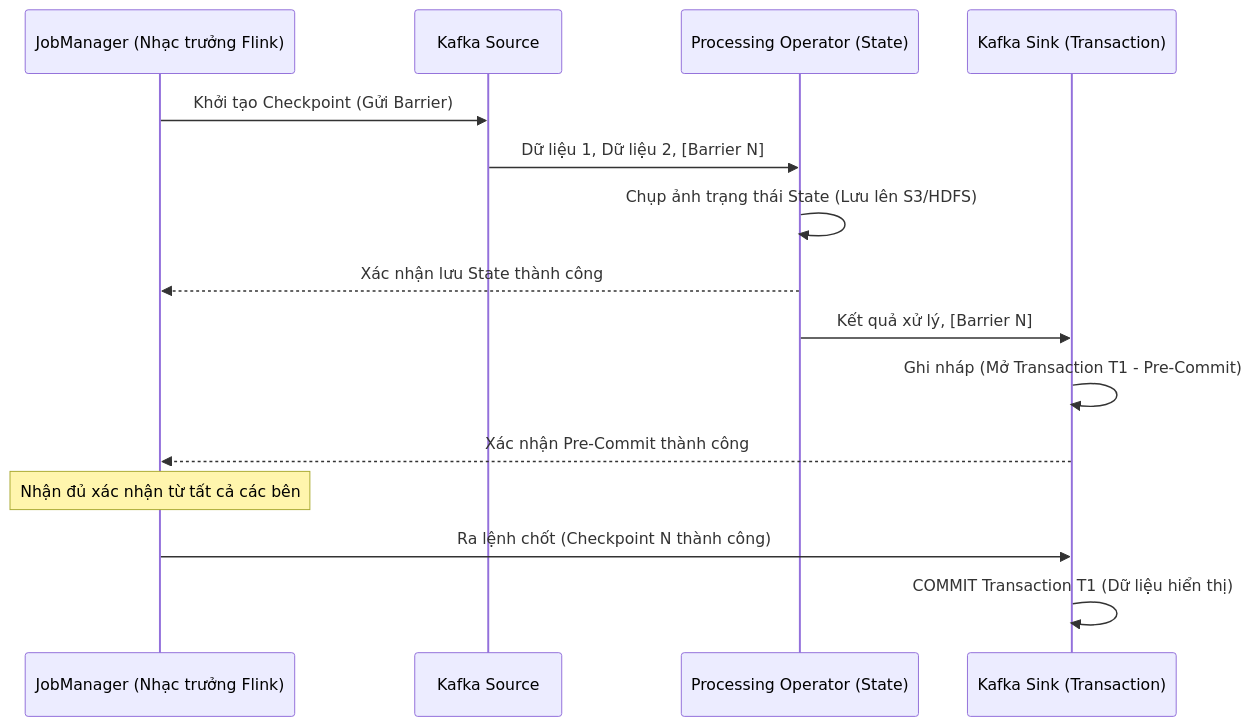
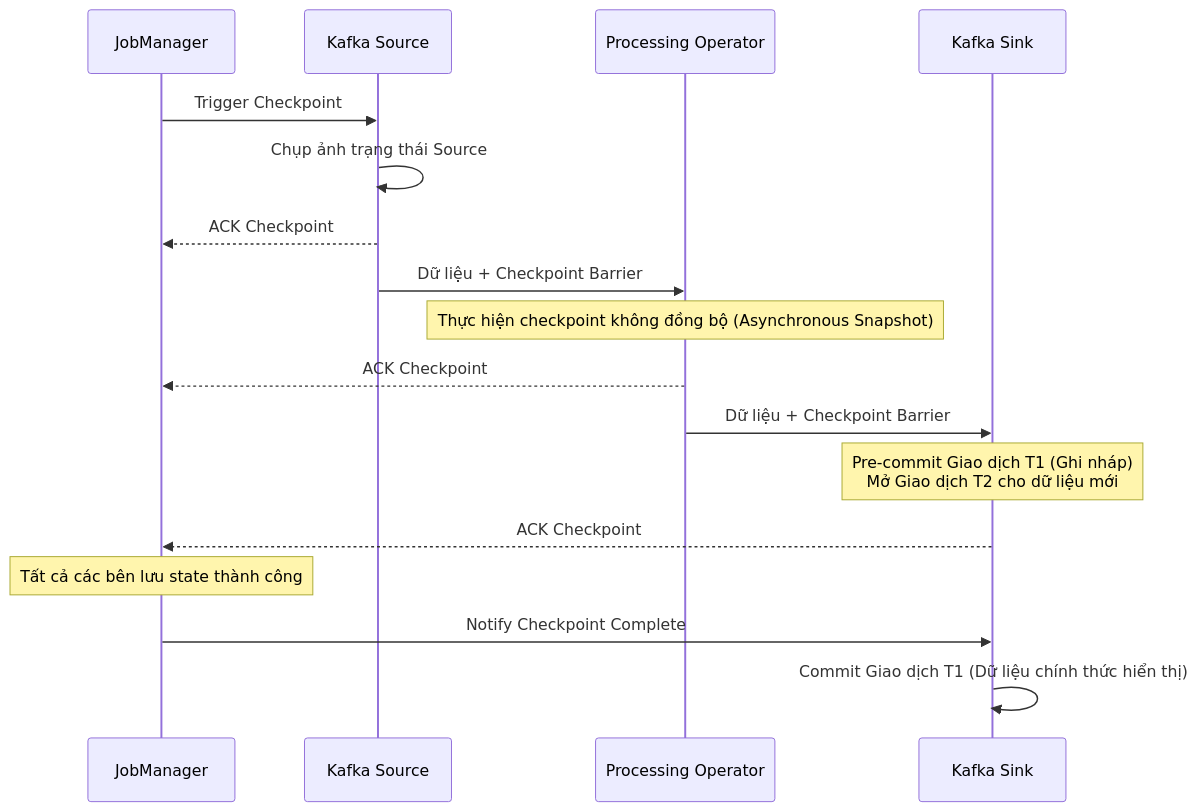
Before and after one commit to kythuatdulieu/kythuatdulieu.github.io: the diagram in src/content/docs/concepts/streaming-processing/exactly-once-semantics.md, drawn with Mermaid. The commit also changed other lines of this file and 390 other files, not shown here.

````diff
--- a/src/content/docs/concepts/streaming-processing/exactly-once-semantics.md
+++ b/src/content/docs/concepts/streaming-processing/exactly-once-semantics.md
@@ -50,18 +48,20 @@
 ```mermaid
 sequenceDiagram
-    participant JM as JobManager (Nhạc trưởng Flink)
+    participant JM as JobManager
     participant Source as Kafka Source
-    participant Op as Processing Operator (State)
-    participant Sink as Kafka Sink (Transaction)
+    participant Op as Processing Operator
+    participant Sink as Kafka Sink
     
-    JM->>Source: Khởi tạo Checkpoint (Gửi Barrier)
-    Source->>Op: Dữ liệu 1, Dữ liệu 2, [Barrier N]
-    Op->>Op: Chụp ảnh trạng thái State (Lưu lên S3/HDFS)
-    Op-->>JM: Xác nhận lưu State thành công
-    Op->>Sink: Kết quả xử lý, [Barrier N]
-    Sink->>Sink: Ghi nháp (Mở Transaction T1 - Pre-Commit)
-    Sink-->>JM: Xác nhận Pre-Commit thành công
-    Note over JM: Nhận đủ xác nhận từ tất cả các bên
-    JM->>Sink: Ra lệnh chốt (Checkpoint N thành công)
-    Sink->>Sink: COMMIT Transaction T1 (Dữ liệu hiển thị)
+    JM->>Source: Trigger Checkpoint
+    Source->>Source: Chụp ảnh trạng thái Source
+    Source-->>JM: ACK Checkpoint
+    Source->>Op: Dữ liệu + Checkpoint Barrier
+    Note over Op: Thực hiện checkpoint không đồng bộ (Asynchronous Snapshot)
+    Op-->>JM: ACK Checkpoint
+    Op->>Sink: Dữ liệu + Checkpoint Barrier
+    Note over Sink: Pre-commit Giao dịch T1 (Ghi nháp)<br/>Mở Giao dịch T2 cho dữ liệu mới
+    Sink-->>JM: ACK Checkpoint
+    Note over JM: Tất cả các bên lưu state thành công
+    JM->>Sink: Notify Checkpoint Complete
+    Sink->>Sink: Commit Giao dịch T1 (Dữ liệu chính thức hiển thị)
 ```
````
